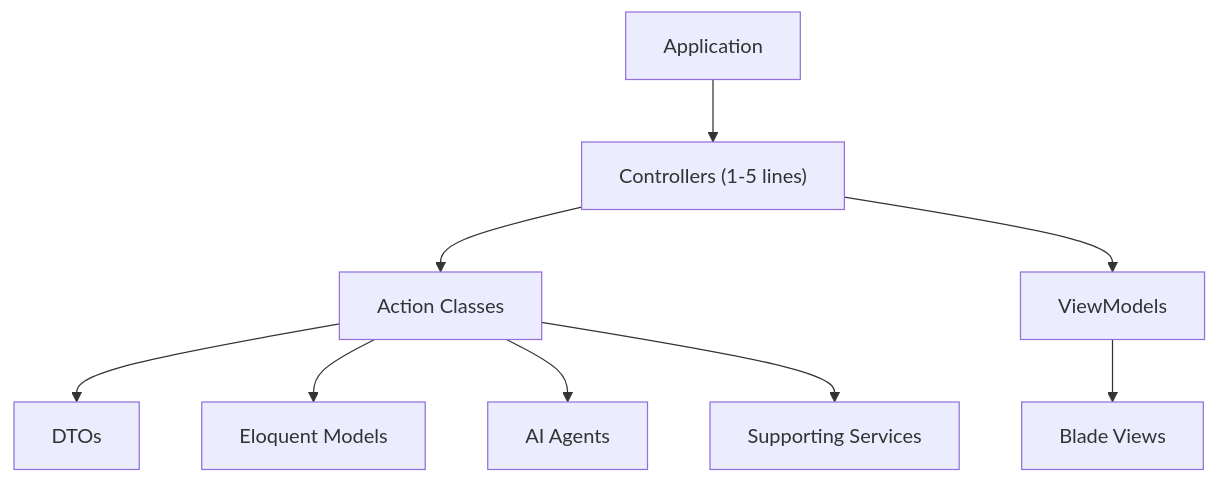
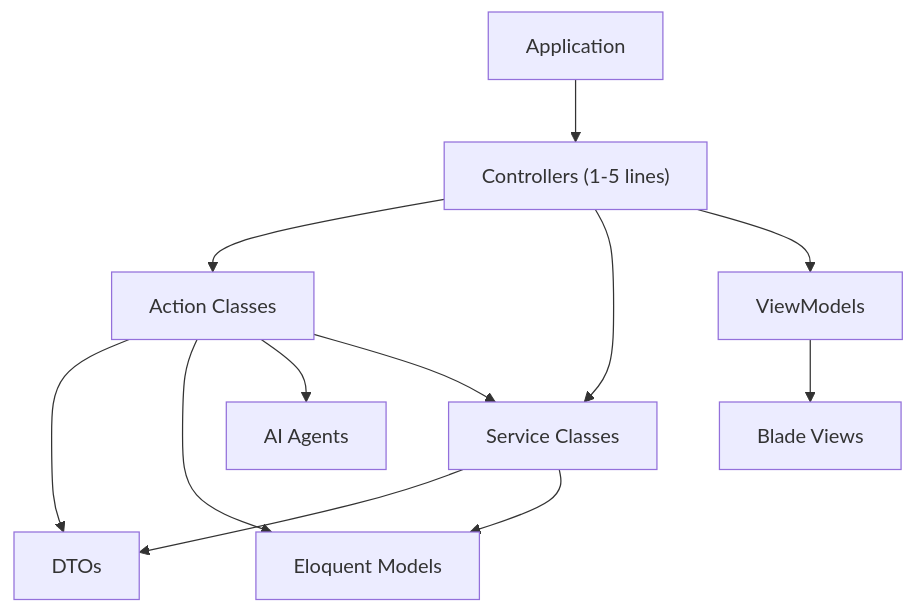
The third of 3 diagrams in .qoder/repowiki/en/content/Laravel Application Components/Controllers.md (siimliimand/laravel-assistant), drawn with Mermaid before and after one commit. The commit also changed other lines of this file and 8 other files, not shown here.

First line of the commit message:
docs(actions): add PrepareChatViewAction and update architecture docs

````diff
--- a/.qoder/repowiki/en/content/Laravel Application Components/Controllers.md
+++ b/.qoder/repowiki/en/content/Laravel Application Components/Controllers.md
@@ -401,11 +663,14 @@
 ```mermaid
 graph TB
 App["Application"] --> Controllers["Controllers (1-5 lines)"]
 Controllers --> Actions["Action Classes"]
+Controllers --> Services["Service Classes"]
 Actions --> DTOs["DTOs"]
 Actions --> Models["Eloquent Models"]
 Actions --> Agents["AI Agents"]
 Controllers --> ViewModels["ViewModels"]
 ViewModels --> Views["Blade Views"]
-Actions --> Services["Supporting Services"]
+Services --> DTOs
+Services --> Models
+Actions --> Services
 ```
````
